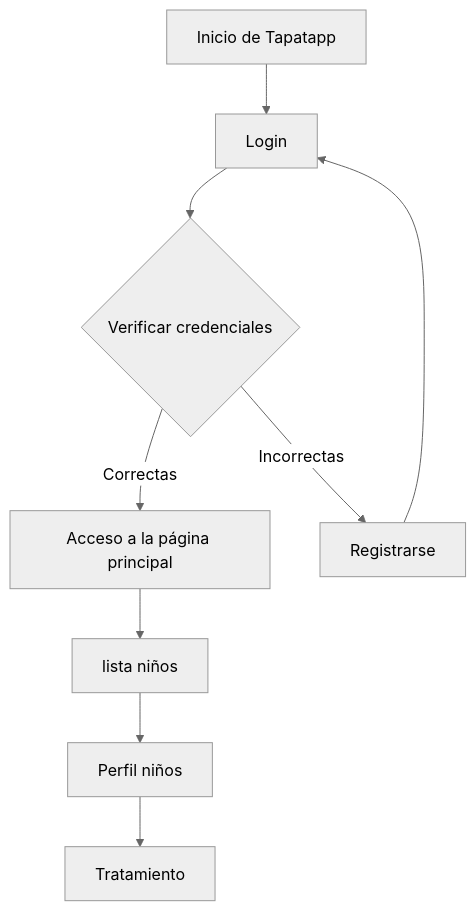
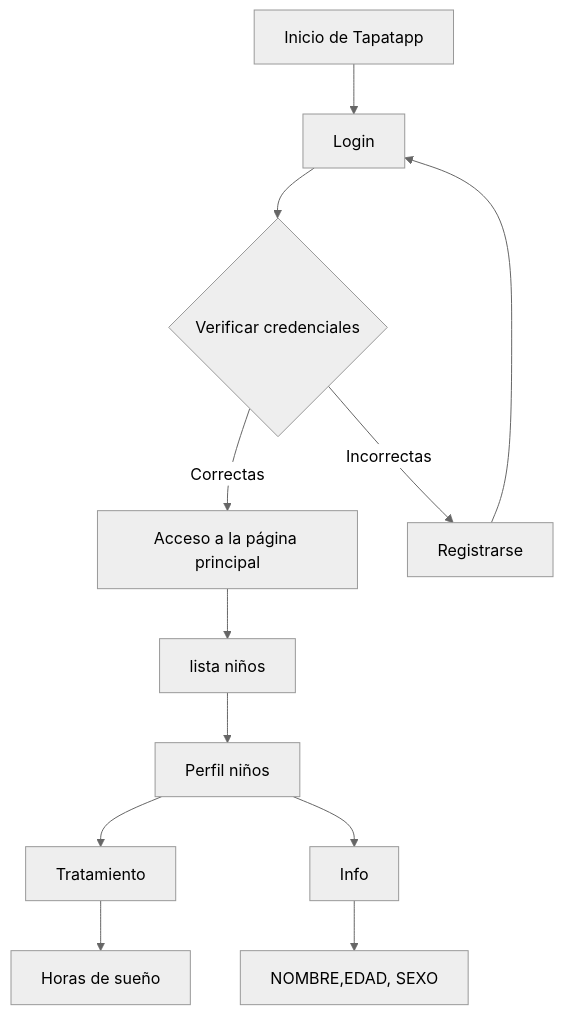
The diagram in prototipo2/wireframetutor.mermaid (Verper021/tapatapp), drawn with Mermaid (neutral theme) before and after one commit. The commit also changed other lines of this file, not shown here.

```diff
--- a/prototipo2/wireframetutor.mermaid
+++ b/prototipo2/wireframetutor.mermaid
@@ -1,9 +1,12 @@
 flowchart TD
     A[Inicio de Tapatapp] --> B[Login]
     B --> C{Verificar credenciales}
     C -->|Correctas| D[Acceso a la página principal]
     C -->|Incorrectas| E[Registrarse]
     E --> B[Login]
     D --> F[lista niños]
     F --> G[Perfil niños]
     G --> H[Tratamiento]
+    G --> I[Info]
+    H --> J[Horas de sueño]
+    I --> K[NOMBRE,EDAD, SEXO]
```
